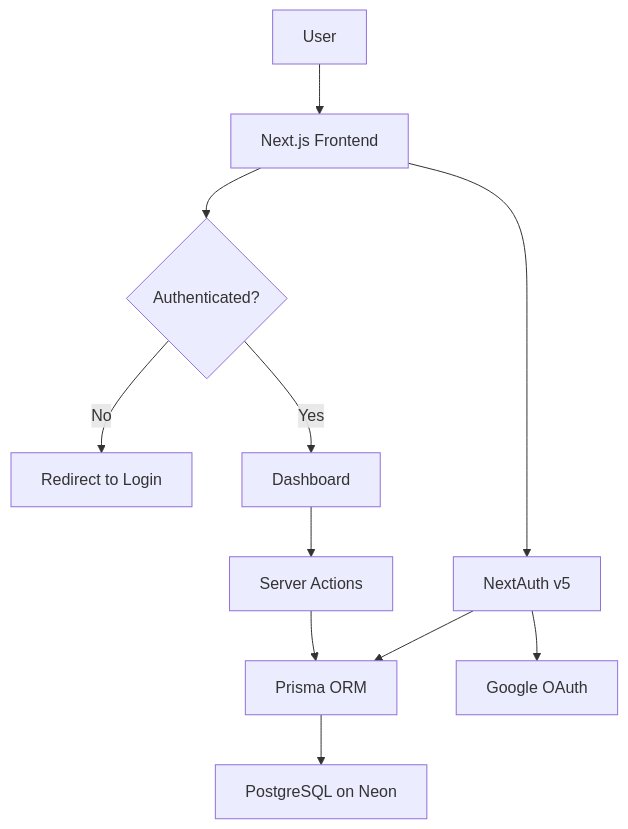
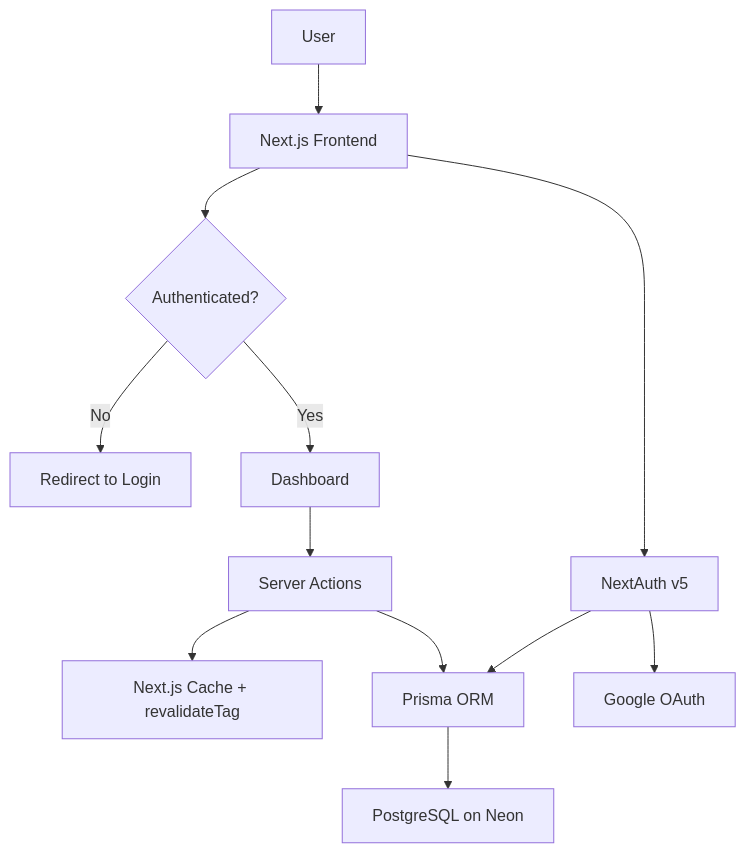
One commit to prathiusharun/job-tracker changed the diagram in README.md. Above: the diagram before and after it, drawn with Mermaid. The commit also changed other lines of this file, not shown here.

Commit message:
docs: improve README and document production architecture

````diff
--- a/README.md
+++ b/README.md
@@ -35,13 +35,14 @@
 ```mermaid
 flowchart TD
     A[User] --> B[Next.js Frontend]
     B --> C{Authenticated?}
     C -->|No| D[Redirect to Login]
     C -->|Yes| E[Dashboard]
     E --> F[Server Actions]
+    F --> K[Next.js Cache + revalidateTag]
     F --> G[Prisma ORM]
     G --> H[PostgreSQL on Neon]
     B --> I[NextAuth v5]
     I --> J[Google OAuth]
     I --> G
 ```
````
